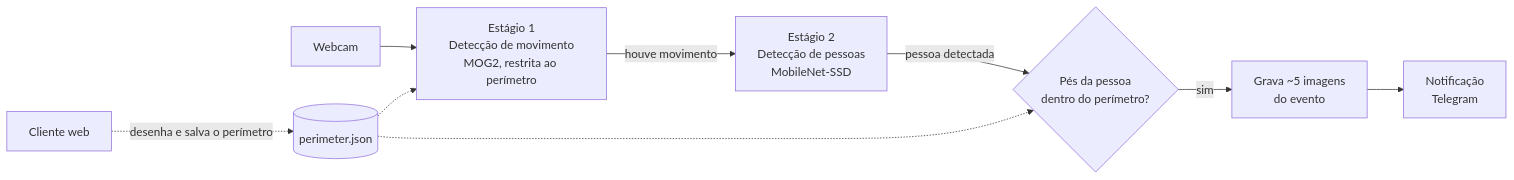
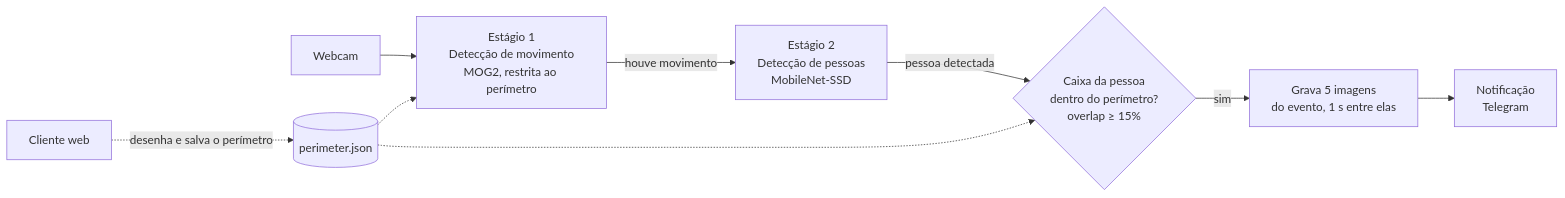
One commit to MateusSant1/safeguard changed the diagram in ESTADO_DO_PROJETO.md. Above: the diagram before and after it, drawn with Mermaid. The commit also changed other lines of this file and 1 other file, not shown here.

````diff
--- a/ESTADO_DO_PROJETO.md
+++ b/ESTADO_DO_PROJETO.md
@@ -25,11 +25,11 @@
 ```mermaid
 flowchart LR
     CAM[Webcam] --> MOV[Estágio 1<br/>Detecção de movimento<br/>MOG2, restrita ao perímetro]
     MOV -- houve movimento --> DET[Estágio 2<br/>Detecção de pessoas<br/>MobileNet-SSD]
-    DET -- pessoa detectada --> PER{Pés da pessoa<br/>dentro do perímetro?}
-    PER -- sim --> REC[Grava ~5 imagens<br/>do evento]
+    DET -- pessoa detectada --> PER{Caixa da pessoa<br/>dentro do perímetro?<br/>overlap ≥ 15%}
+    PER -- sim --> REC[Grava 5 imagens<br/>do evento, 1 s entre elas]
     REC --> TG[Notificação<br/>Telegram]
     CLI[Cliente web] -. desenha e salva o perímetro .-> JSON[(perimeter.json)]
     JSON -.-> MOV
     JSON -.-> PER
 ```
````
